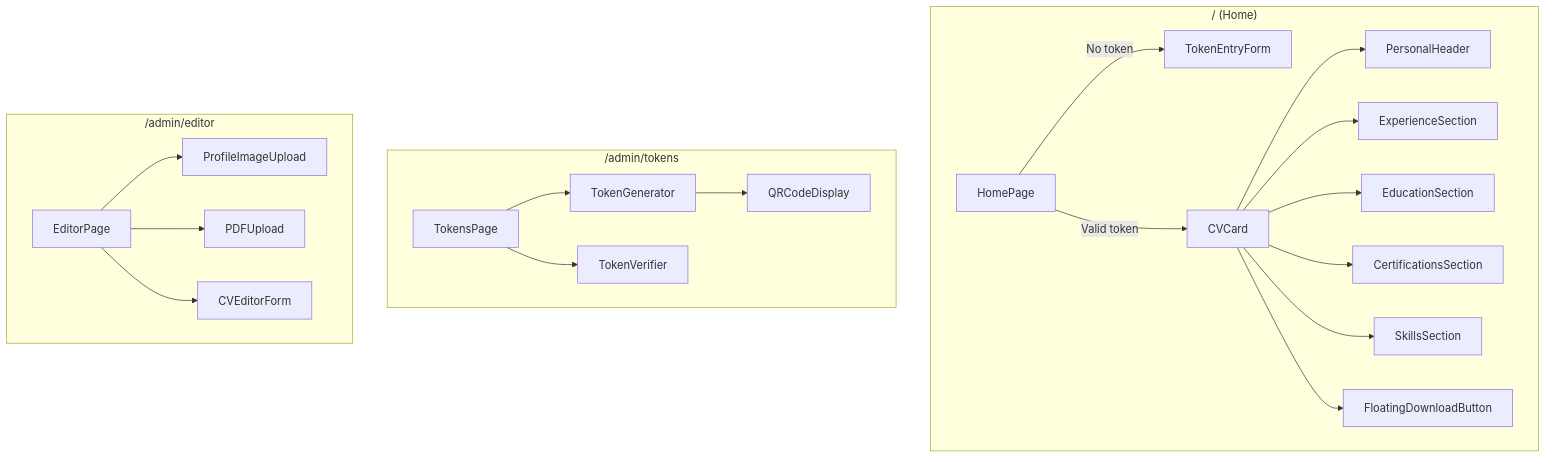
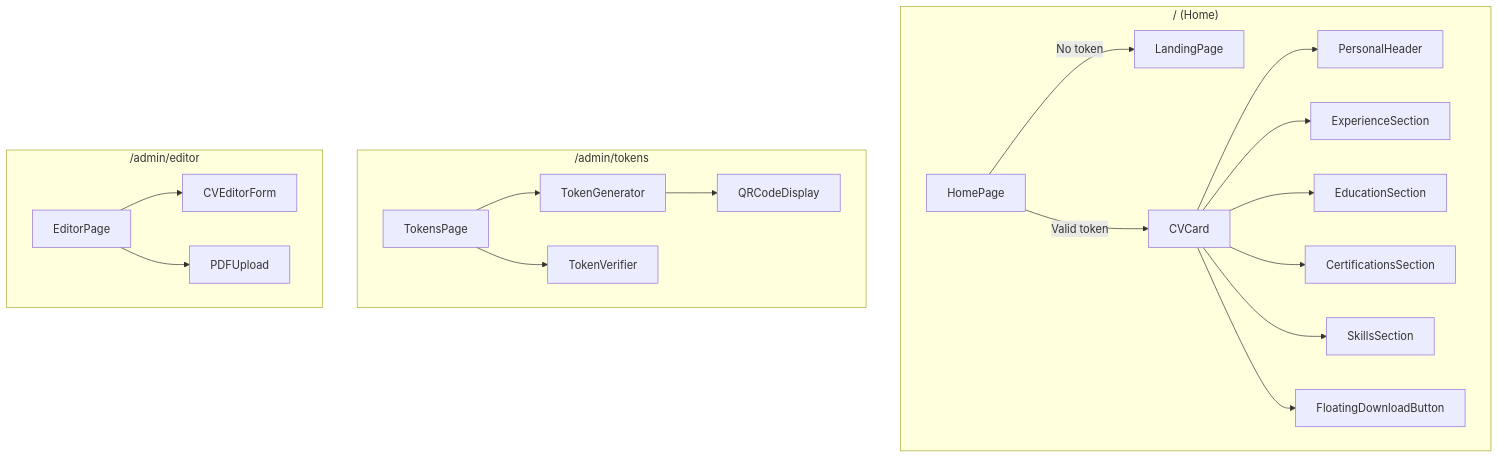
The third of 6 diagrams in docs/architecture.md (ngraal/cv-presenter), drawn with Mermaid before and after one commit. The commit also changed other lines of this file and 11 other files, not shown here.

Commit message:
Update docs with screenshot placeholders and architecture

````diff
--- a/docs/architecture.md
+++ b/docs/architecture.md
@@ -69,28 +69,27 @@
 ```mermaid
 graph TD
     subgraph "/ (Home)"
         HP[HomePage]
-        HP -->|No token| TEF[TokenEntryForm]
+        HP -->|No token| TEF[LandingPage]
         HP -->|Valid token| CVC[CVCard]
         CVC --> PH[PersonalHeader]
         CVC --> ES[ExperienceSection]
         CVC --> EDS[EducationSection]
         CVC --> CS[CertificationsSection]
         CVC --> SS[SkillsSection]
         CVC --> FDB[FloatingDownloadButton]
     end
 
     subgraph "/admin/tokens"
         TP[TokensPage]
         TP --> TG[TokenGenerator]
         TP --> TV[TokenVerifier]
         TG --> QR[QRCodeDisplay]
     end
 
     subgraph "/admin/editor"
         EP[EditorPage]
-        EP --> PIU[ProfileImageUpload]
+        EP --> CEF[CVEditorForm]
         EP --> PDU[PDFUpload]
-        EP --> CEF[CVEditorForm]
     end
 ```
````
